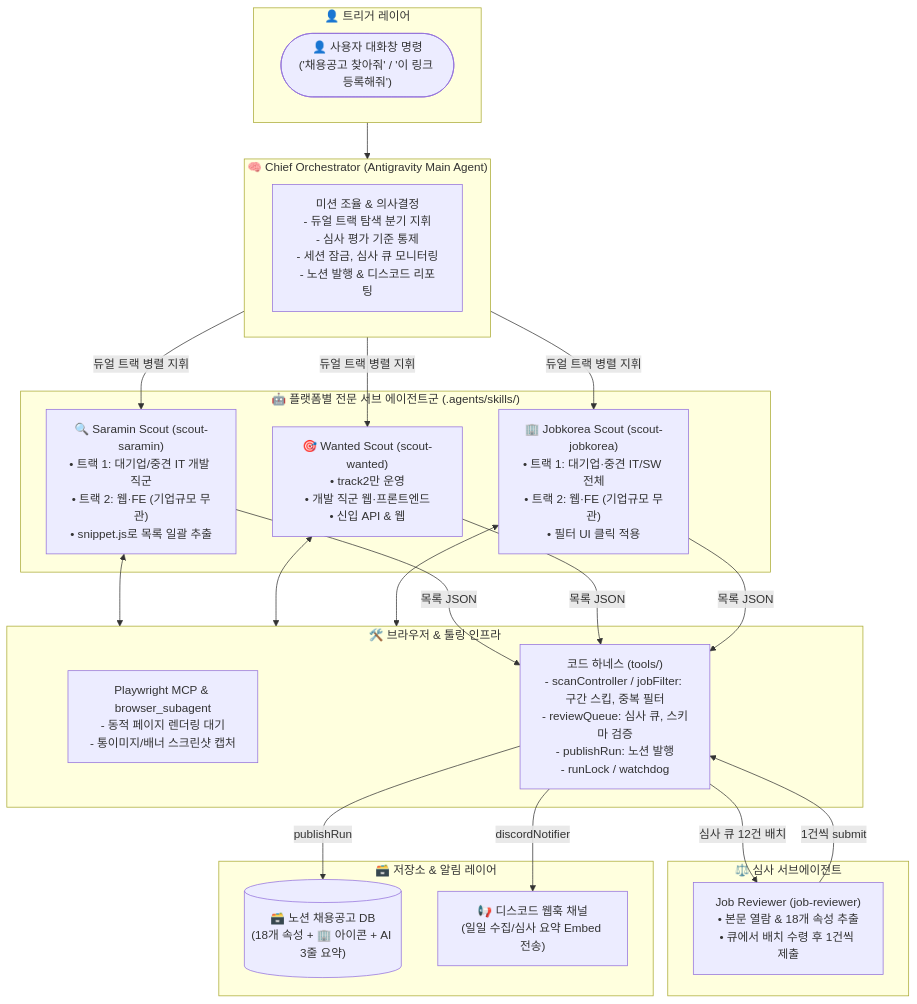
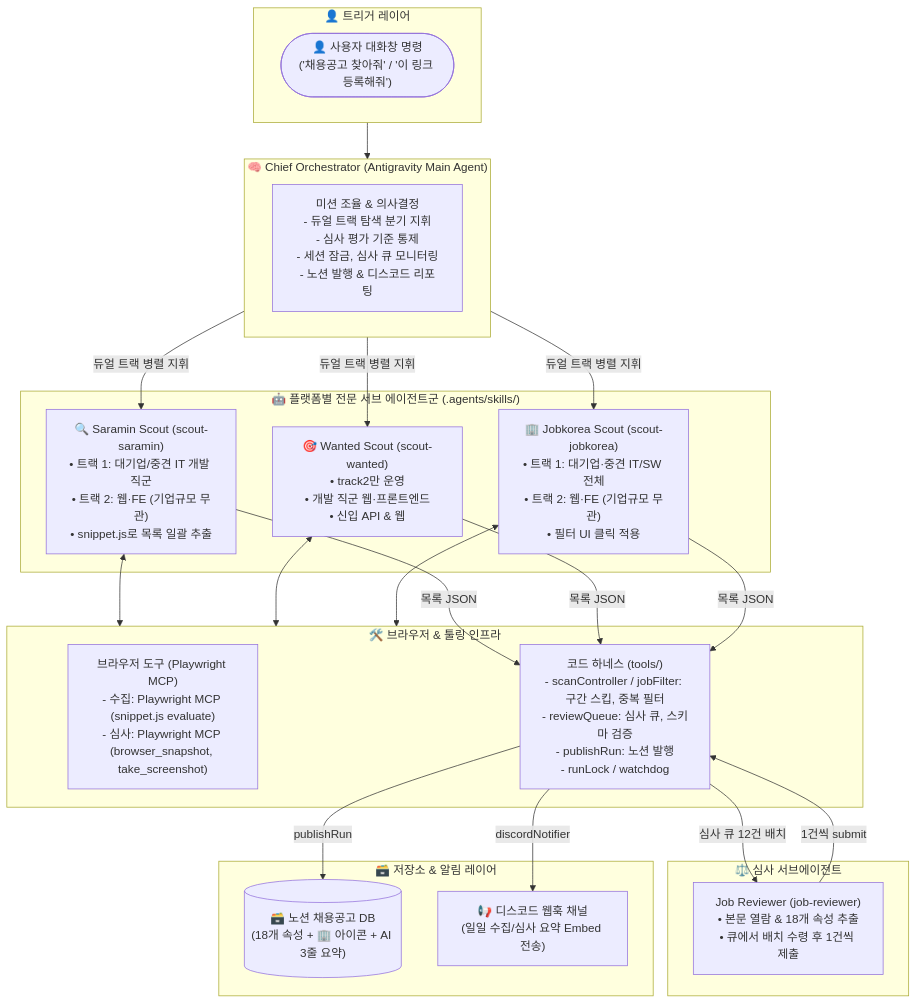
Before and after one commit to YeonShin/job-scraping-multi-agent: the diagram in docs/02-system-architecture.md, drawn with Mermaid. The commit also changed other lines of this file and 13 other files, not shown here.

````diff
--- a/docs/02-system-architecture.md
+++ b/docs/02-system-architecture.md
@@ -7,40 +7,40 @@
 ```mermaid
 flowchart TD
     subgraph TriggerLayer ["👤 트리거 레이어"]
         UserCmd(["👤 사용자 대화창 명령<br/>('채용공고 찾아줘' / '이 링크 등록해줘')"])
     end
 
     subgraph MasterOrchestrator ["🧠 Chief Orchestrator (Antigravity Main Agent)"]
         OrchMind["미션 조율 & 의사결정<br/>- 듀얼 트랙 탐색 분기 지휘<br/>- 심사 평가 기준 통제<br/>- 세션 잠금, 심사 큐 모니터링<br/>- 노션 발행 & 디스코드 리포팅"]
     end
 
     subgraph SubAgentLayer ["🤖 플랫폼별 전문 서브 에이전트군 (.agents/skills/)"]
         SaraminAgent["🔍 Saramin Scout (scout-saramin)<br/>• 트랙 1: 대기업/중견 IT 개발 직군<br/>• 트랙 2: 웹·FE (기업규모 무관)<br/>• snippet.js로 목록 일괄 추출"]
         WantedAgent["🎯 Wanted Scout (scout-wanted)<br/>• track2만 운영<br/>• 개발 직군 웹·프론트엔드<br/>• 신입 API & 웹"]
         JobkoreaAgent["🏢 Jobkorea Scout (scout-jobkorea)<br/>• 트랙 1: 대기업·중견 IT/SW 전체<br/>• 트랙 2: 웹·FE (기업규모 무관)<br/>• 필터 UI 클릭 적용"]
     end
 
     subgraph ReviewLayer ["⚖️ 심사 서브에이전트"]
         ReviewerAgent["Job Reviewer (job-reviewer)<br/>• 본문 열람 & 18개 속성 추출<br/>• 큐에서 배치 수령 후 1건씩 제출"]
     end
 
     subgraph ToolingLayer ["🛠️ 브라우저 & 툴링 인프라"]
-        BrowserTools["Playwright MCP & browser_subagent<br/>- 동적 페이지 렌더링 대기<br/>- 통이미지/배너 스크린샷 캡처"]
+        BrowserTools["브라우저 도구 (Playwright MCP)<br/>- 수집: Playwright MCP (snippet.js evaluate)<br/>- 심사: Playwright MCP (browser_snapshot, take_screenshot)"]
         HarnessTools["코드 하네스 (tools/)<br/>- scanController / jobFilter: 구간 스킵, 중복 필터<br/>- reviewQueue: 심사 큐, 스키마 검증<br/>- publishRun: 노션 발행<br/>- runLock / watchdog"]
     end
 
     subgraph StorageAlert ["🗃️ 저장소 & 알림 레이어"]
         NotionDB[("🗃️ 노션 채용공고 DB<br/>(18개 속성 + 🏢 아이콘 + AI 3줄 요약)")]
         DiscordAlert["📢 디스코드 웹훅 채널<br/>(일일 수집/심사 요약 Embed 전송)"]
     end
 
     TriggerLayer --> MasterOrchestrator
     MasterOrchestrator -->|"듀얼 트랙 병렬 지휘"| SaraminAgent & WantedAgent & JobkoreaAgent
     SaraminAgent & WantedAgent & JobkoreaAgent <--> ToolingLayer
     
     SaraminAgent & WantedAgent & JobkoreaAgent -->|"목록 JSON"| HarnessTools
     HarnessTools -->|"심사 큐 12건 배치"| ReviewerAgent
     ReviewerAgent -->|"1건씩 submit"| HarnessTools
     HarnessTools -->|"publishRun"| NotionDB
     HarnessTools -->|"discordNotifier"| DiscordAlert
 ```
````
